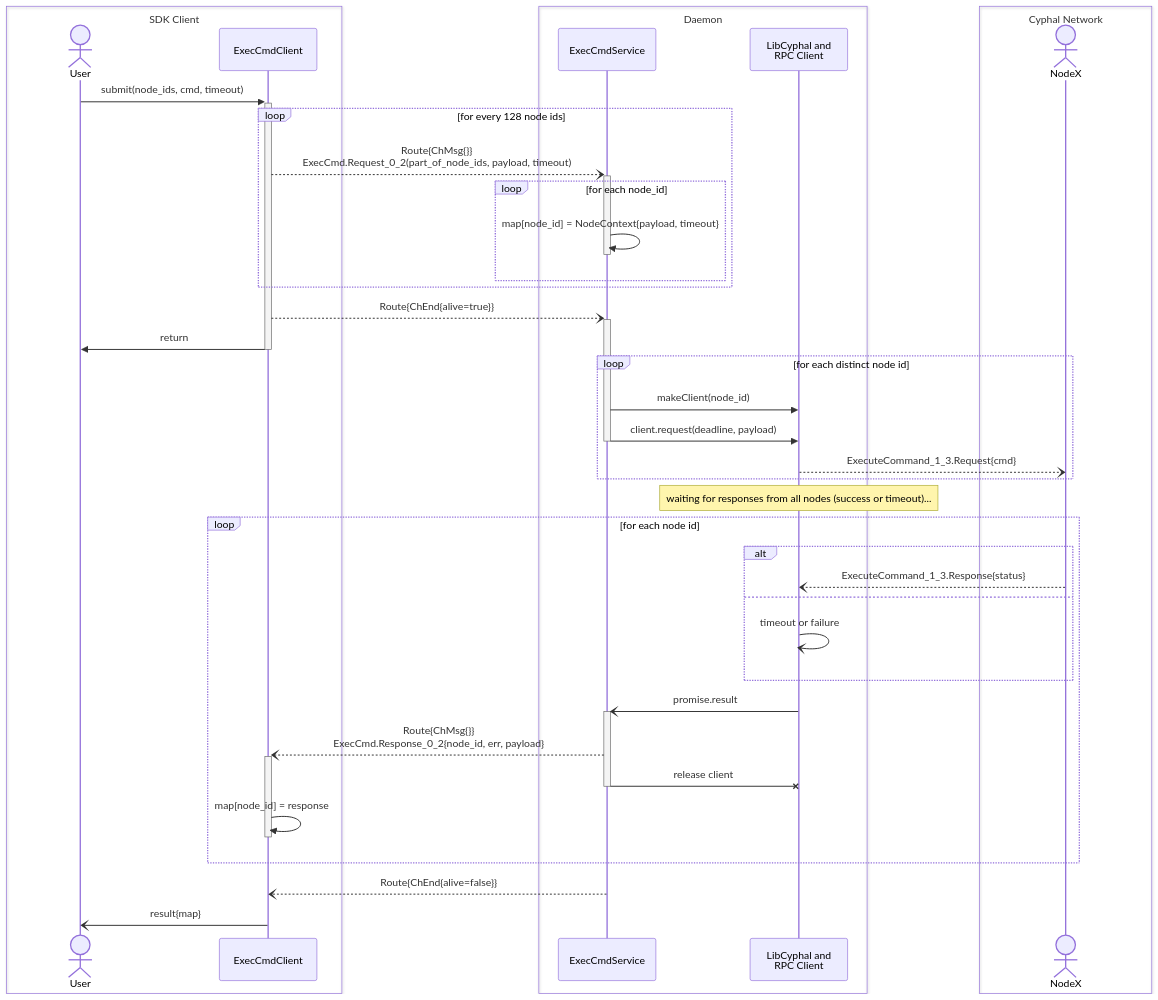
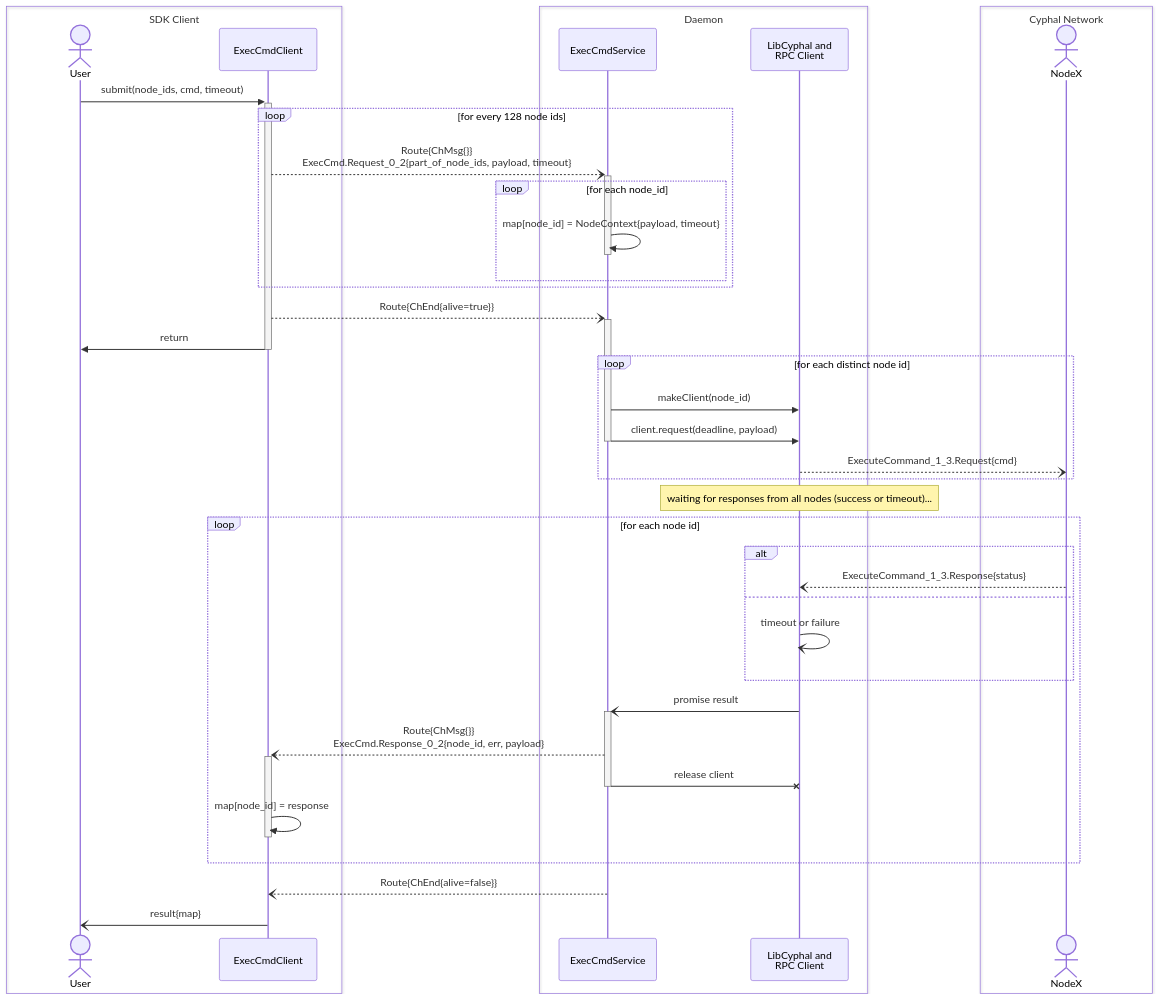
Before and after one commit to OpenCyphal-Garage/ocvsmd: the first of 3 diagrams in docs/svc_design.md, drawn with Mermaid. The commit also changed other lines of this file, not shown here.

Commit message:
described `AccessRegisters` service

````diff
--- a/docs/svc_design.md
+++ b/docs/svc_design.md
@@ -38,51 +38,51 @@
 ```mermaid
 sequenceDiagram
     actor User
     participant ExecCmdClient
     participant ExecCmdService
     participant LibCyphal as LibCyphal and<br/>RPC Client
     actor NodeX
     
     User ->>+ ExecCmdClient: submit(node_ids, cmd, timeout)
     loop for every 128 node ids
-        ExecCmdClient --)+ ExecCmdService: Route{ChMsg{}}<br/>ExecCmd.Request_0_2(part_of_node_ids, payload, timeout)
+        ExecCmdClient --)+ ExecCmdService: Route{ChMsg{}}<br/>ExecCmd.Request_0_2{part_of_node_ids, payload, timeout}
         loop for each node_id
             ExecCmdService ->>- ExecCmdService: map[node_id] = NodeContext{payload, timeout}
         end
     end
     ExecCmdClient --)+ ExecCmdService: Route{ChEnd{alive=true}}
     ExecCmdClient ->>- User : return
 
     loop for each distinct node id
         ExecCmdService ->> LibCyphal: makeClient(node_id)
         ExecCmdService ->>- LibCyphal: client.request(deadline, payload)
         LibCyphal --) NodeX: ExecuteCommand_1_3.Request{cmd}
     end
     Note over LibCyphal: waiting for responses from all nodes (success or timeout)...
     loop for each node id
         alt
             NodeX --) LibCyphal: ExecuteCommand_1_3.Response{status}
         else
             LibCyphal -) LibCyphal: timeout or failure
         end
-        LibCyphal -)+ ExecCmdService: promise.result
+        LibCyphal -)+ ExecCmdService: promise result
         ExecCmdService --)+ ExecCmdClient: Route{ChMsg{}}<br/>ExecCmd.Response_0_2{node_id, err, payload}
         ExecCmdService -x- LibCyphal: release client
         ExecCmdClient ->>- ExecCmdClient: map[node_id] = response
     end
     
     ExecCmdService --) ExecCmdClient: Route{ChEnd{alive=false}}
     ExecCmdClient -) User: result{map}
 
     box SDK Client
         actor User
         participant ExecCmdClient
     end
     box Daemon
         participant ExecCmdService
         participant LibCyphal
     end
     box Cyphal Network
         actor NodeX
     end
 ```
````
